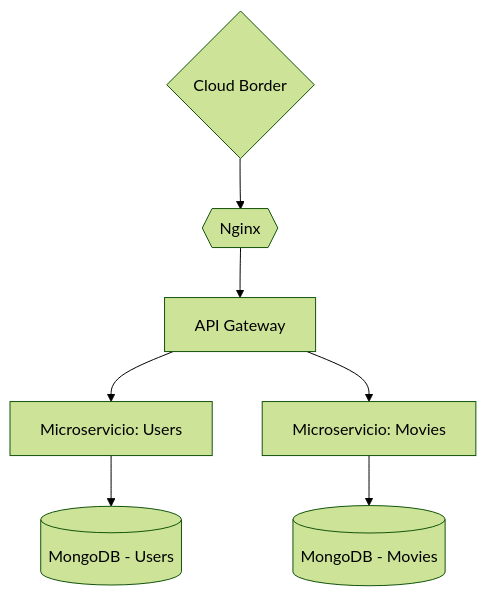
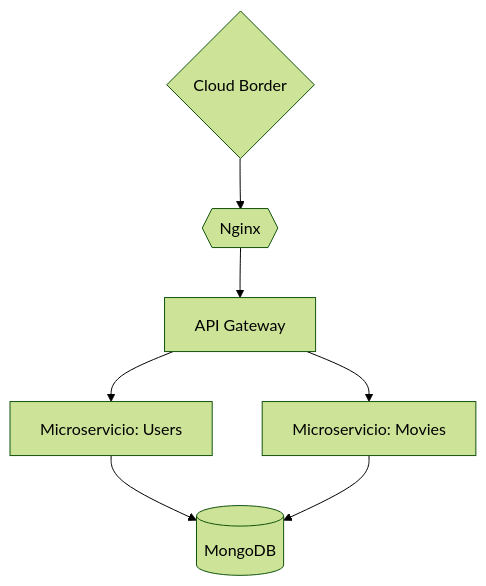
One commit to imeshinnovation/proyecto_ddd changed the first of 2 diagrams in README.md. Above: the diagram before and after it, drawn with Mermaid (forest theme).

Commit message:
Update repo

````diff
--- a/README.md
+++ b/README.md
@@ -24,10 +24,10 @@
 ```mermaid
 graph TD
     A{Cloud Border}
     A --> B{{Nginx}}
     B --> C[API Gateway]
     C --> D[Microservicio: Users]
     C --> E[Microservicio: Movies]
-    D --> F[(MongoDB - Users)]
-    E --> G[(MongoDB - Movies)]
+    D --> F[(MongoDB)]
+    E --> F[(MongoDB)]
 ```
````
